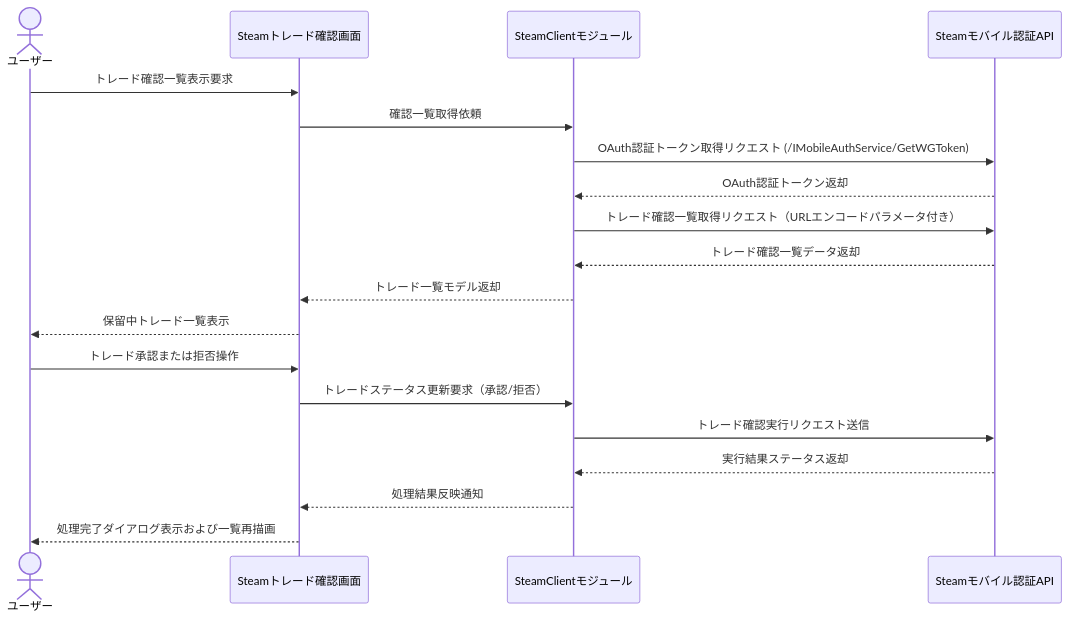
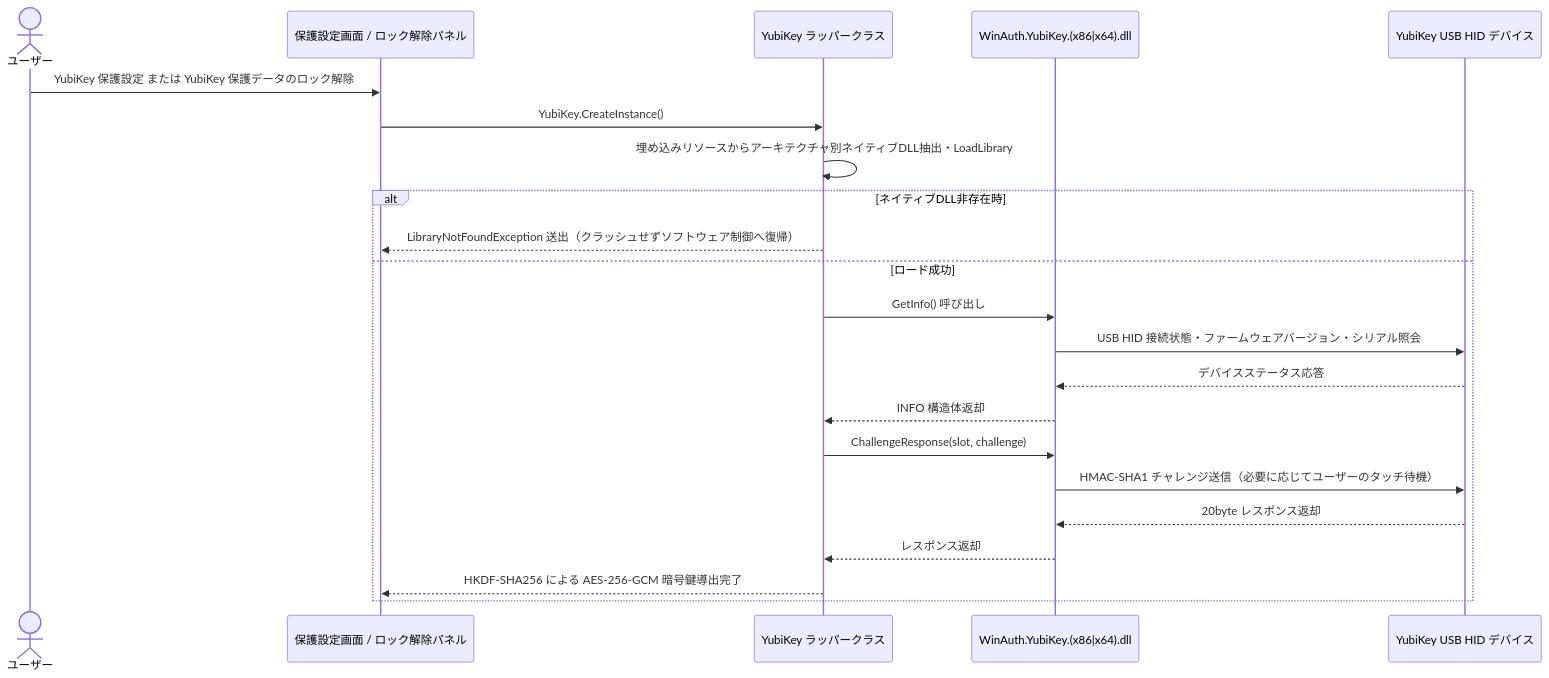
One commit to CTD-Networks-CO-LTD/winauth changed the sixth of 6 diagrams in .gear/1_要件定義/13_業務フロー.md. Above: the diagram before and after it, drawn with Mermaid. The commit also changed other lines of this file and 21 other files, not shown here.

````diff
--- a/.gear/1_要件定義/13_業務フロー.md
+++ b/.gear/1_要件定義/13_業務フロー.md
@@ -115,21 +197,25 @@
 ```mermaid
 sequenceDiagram
-    actor user as ユーザー
-    participant ui as Steamトレード確認画面
-    participant steamClient as SteamClientモジュール
-    participant steamApi as Steamモバイル認証API
-    user->>ui: トレード確認一覧表示要求
-    ui->>steamClient: 確認一覧取得依頼
-    steamClient->>steamApi: OAuth認証トークン取得リクエスト (/IMobileAuthService/GetWGToken)
-    steamApi-->>steamClient: OAuth認証トークン返却
-    steamClient->>steamApi: トレード確認一覧取得リクエスト（URLエンコードパラメータ付き）
-    steamApi-->>steamClient: トレード確認一覧データ返却
-    steamClient-->>ui: トレード一覧モデル返却
-    ui-->>user: 保留中トレード一覧表示
-    user->>ui: トレード承認または拒否操作
-    ui->>steamClient: トレードステータス更新要求（承認/拒否）
-    steamClient->>steamApi: トレード確認実行リクエスト送信
-    steamApi-->>steamClient: 実行結果ステータス返却
-    steamClient-->>ui: 処理結果反映通知
-    ui-->>user: 処理完了ダイアログ表示および一覧再描画
+    actor User as ユーザー
+    participant UI as 保護設定画面 / ロック解除パネル
+    participant Yubi as YubiKey ラッパークラス
+    participant Native as WinAuth.YubiKey.(x86|x64).dll
+    participant HID as YubiKey USB HID デバイス
+
+    User->>UI: YubiKey 保護設定 または YubiKey 保護データのロック解除
+    UI->>Yubi: YubiKey.CreateInstance()
+    Yubi->>Yubi: 埋め込みリソースからアーキテクチャ別ネイティブDLL抽出・LoadLibrary
+    alt ネイティブDLL非存在時
+        Yubi-->>UI: LibraryNotFoundException 送出（クラッシュせずソフトウェア制御へ復帰）
+    else ロード成功
+        Yubi->>Native: GetInfo() 呼び出し
+        Native->>HID: USB HID 接続状態・ファームウェアバージョン・シリアル照会
+        HID-->>Native: デバイスステータス応答
+        Native-->>Yubi: INFO 構造体返却
+        Yubi->>Native: ChallengeResponse(slot, challenge)
+        Native->>HID: HMAC-SHA1 チャレンジ送信（必要に応じてユーザーのタッチ待機）
+        HID-->>Native: 20byte レスポンス返却
+        Native-->>Yubi: レスポンス返却
+        Yubi-->>UI: HKDF-SHA256 による AES-256-GCM 暗号鍵導出完了
+    end
 ```
````
